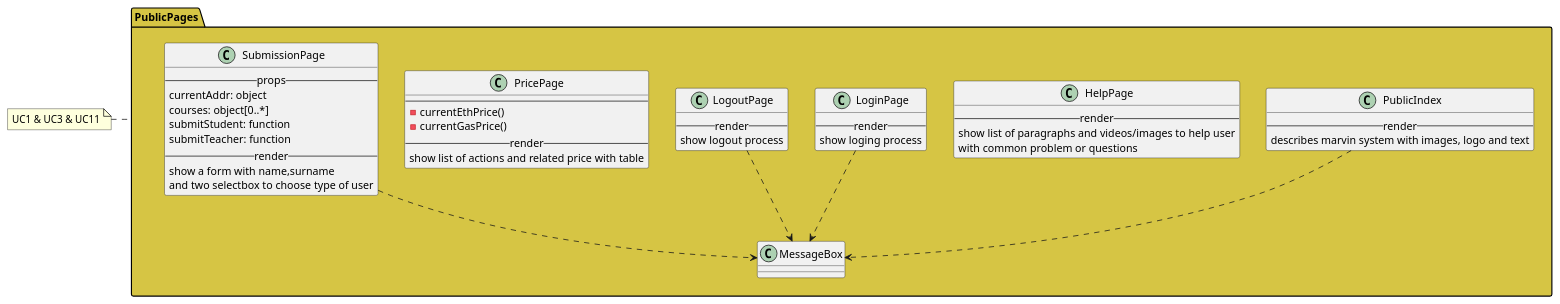
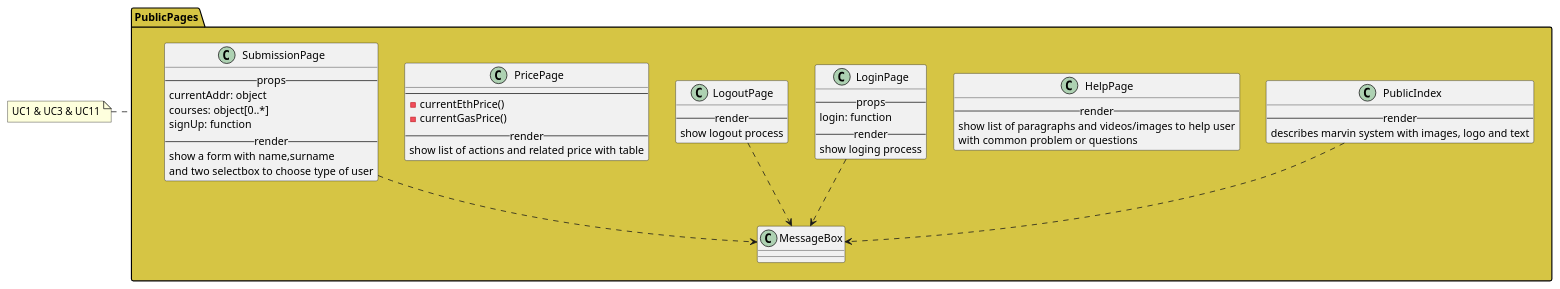
Before and after one commit to M9k/Marvin-Uml: the diagram in react/public/index.iuml, drawn with PlantUML. The commit also changed other lines of this file, not shown here.

Commit message:
Aggiunta funzione login su react login page

```diff
--- a/react/public/index.iuml
+++ b/react/public/index.iuml
@@ -1,48 +1,49 @@
 package PublicPages #D6C544 {
 
   class PublicIndex {
     --render--
     describes marvin system with images, logo and text
   }
 	PublicIndex ..> MessageBox
 
   class HelpPage {
     --render--
     show list of paragraphs and videos/images to help user
     with common problem or questions
   }
 
   class LoginPage {
+    --props--
+    login: function
     --render--
     show loging process
   }
 	LoginPage ..> MessageBox
 
   class LogoutPage {
     --render--
     show logout process
   }
 	LogoutPage ..> MessageBox
 
   class PricePage {
     ----
     - currentEthPrice()
     - currentGasPrice()
     --render--
     show list of actions and related price with table
   }
 
   class SubmissionPage {
     --props--
     currentAddr: object
     courses: object[0..*]
-    submitStudent: function
-    submitTeacher: function
+    signUp: function
     --render--
     show a form with name,surname
     and two selectbox to choose type of user
   }
 	SubmissionPage ..> MessageBox
 }
 
 note left of PublicPages: UC1 & UC3 & UC11
```
